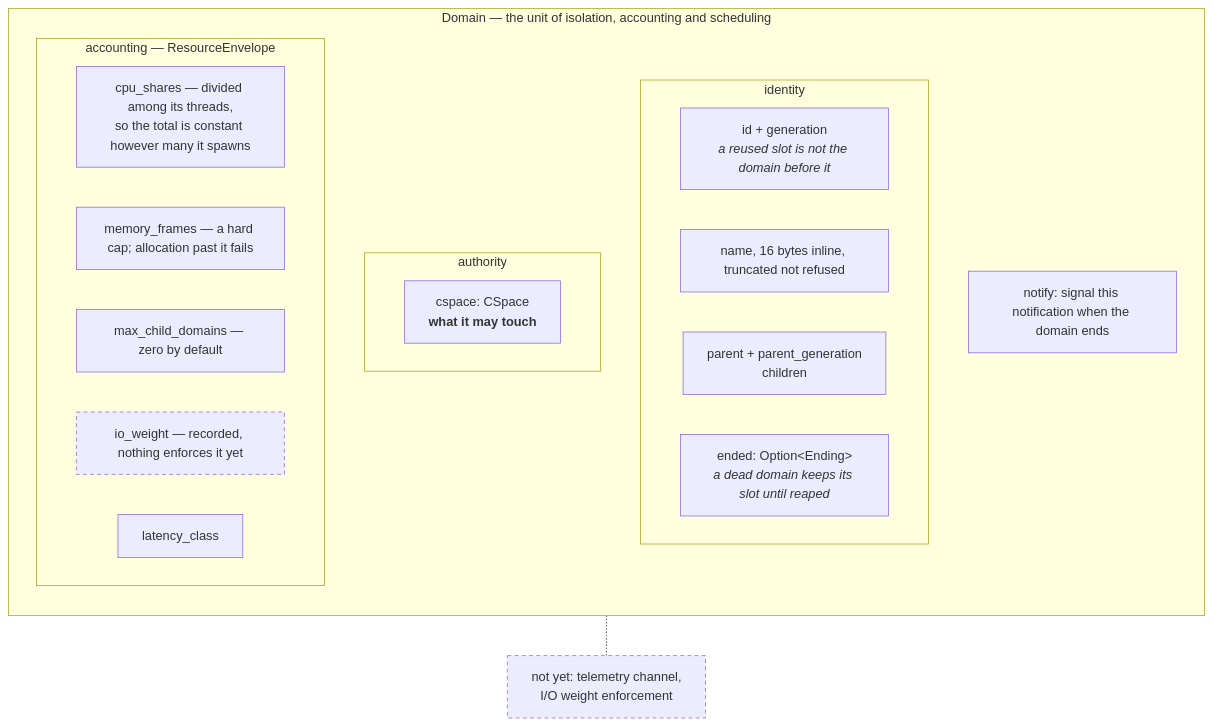
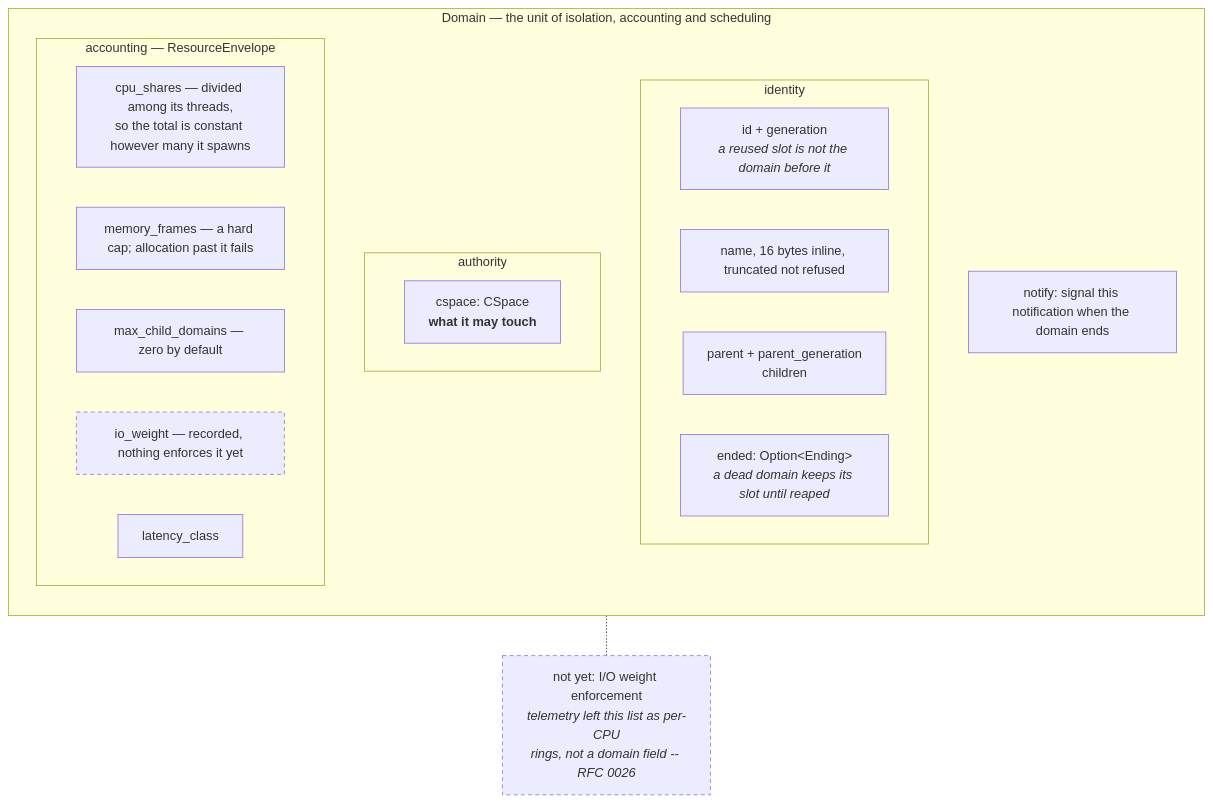
Before and after one commit to bhaskix/bhaskix: the fifth of 6 diagrams in docs/architecture.md, drawn with Mermaid. The commit also changed other lines of this file and 5 other files, not shown here.

````diff
--- a/docs/architecture.md
+++ b/docs/architecture.md
@@ -404,33 +407,33 @@
 ```mermaid
 flowchart TB
     subgraph DOM["Domain — the unit of isolation, accounting and scheduling"]
         direction TB
 
         subgraph ID["identity"]
             I1["id + generation<br/><i>a reused slot is not the domain before it</i>"]
             I2["name, 16 bytes inline, truncated not refused"]
             I3["parent + parent_generation<br/>children"]
             I4["ended: Option&lt;Ending&gt;<br/><i>a dead domain keeps its slot until reaped</i>"]
         end
 
         subgraph AUTH["authority"]
             CS["cspace: CSpace<br/><b>what it may touch</b>"]
         end
 
         subgraph ACCT["accounting — ResourceEnvelope"]
             E1["cpu_shares — divided among its threads,<br/>so the total is constant however many it spawns"]
             E2["memory_frames — a hard cap; allocation past it fails"]
             E3["max_child_domains — zero by default"]
             E4["io_weight — recorded, nothing enforces it yet"]
             E5["latency_class"]
         end
 
         NOT["notify: signal this notification when the domain ends"]
     end
 
-    MISSING["not yet: telemetry channel,<br/>I/O weight enforcement"]
+    MISSING["not yet: I/O weight enforcement<br/><i>telemetry left this list as per-CPU<br/>rings, not a domain field -- RFC 0026</i>"]
 
     DOM -.- MISSING
     classDef gap stroke-dasharray: 5 4
     class MISSING,E4 gap
 ```
````
